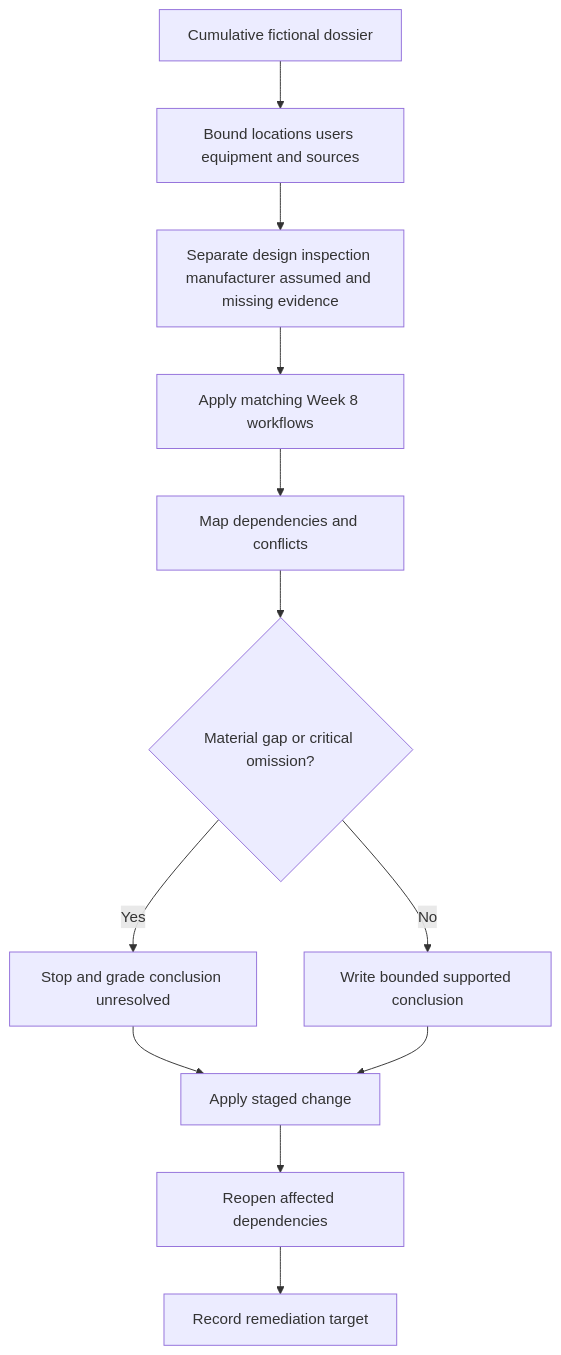
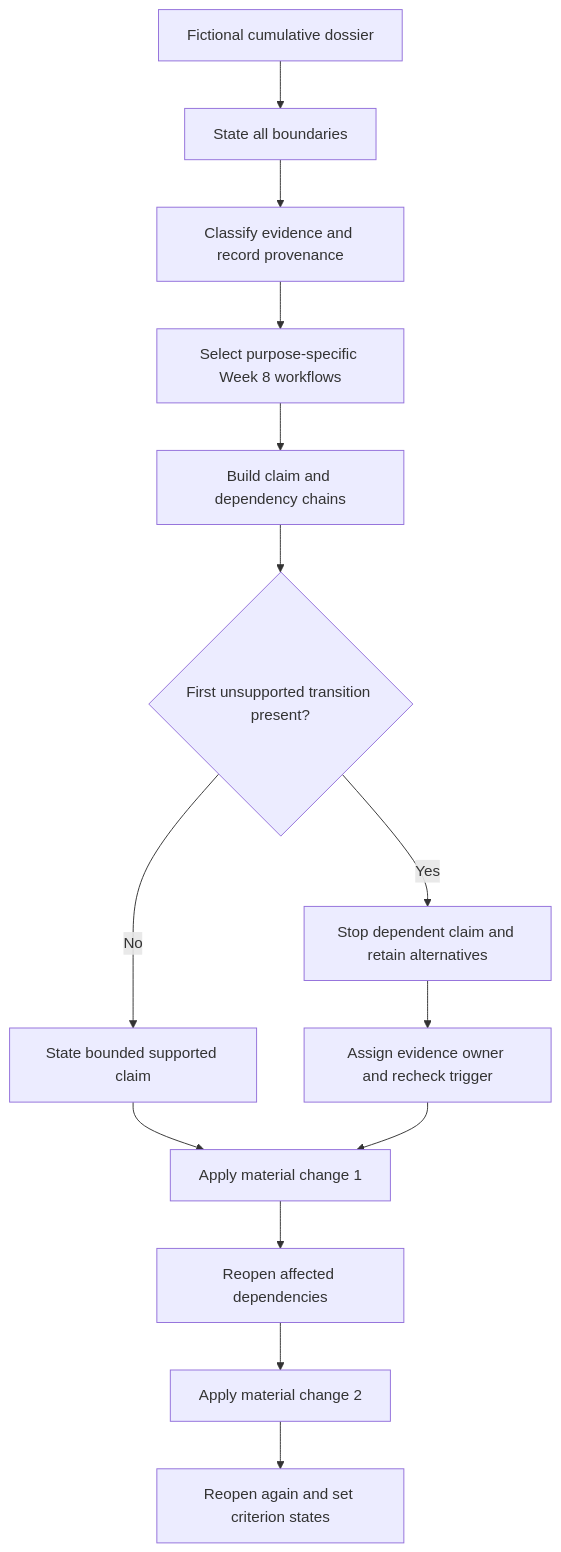
One commit to andrew3stedall/capstone changed the first of 2 diagrams in docs/learning-plans/12-week/modules/day-56-week-8-cumulative-design-and-inspection-checkpoint.md. Above: the diagram before and after it, drawn with Mermaid. The commit also changed other lines of this file and 3 other files, not shown here.

Commit message:
Improve Day 56 cumulative design checkpoint

````diff
--- a/docs/learning-plans/12-week/modules/day-56-week-8-cumulative-design-and-inspection-checkpoint.md
+++ b/docs/learning-plans/12-week/modules/day-56-week-8-cumulative-design-and-inspection-checkpoint.md
@@ -78,14 +88,16 @@
 ```mermaid
 flowchart TD
-  A[Cumulative fictional dossier] --> B[Bound locations users equipment and sources]
-  B --> C[Separate design inspection manufacturer assumed and missing evidence]
-  C --> D[Apply matching Week 8 workflows]
-  D --> E[Map dependencies and conflicts]
-  E --> F{Material gap or critical omission?}
-  F -->|Yes| G[Stop and grade conclusion unresolved]
-  F -->|No| H[Write bounded supported conclusion]
-  G --> I[Apply staged change]
-  H --> I
-  I --> J[Reopen affected dependencies]
-  J --> K[Record remediation target]
+  A[Fictional cumulative dossier] --> B[State all boundaries]
+  B --> C[Classify evidence and record provenance]
+  C --> D[Select purpose-specific Week 8 workflows]
+  D --> E[Build claim and dependency chains]
+  E --> F{First unsupported transition present?}
+  F -->|Yes| G[Stop dependent claim and retain alternatives]
+  F -->|No| H[State bounded supported claim]
+  G --> I[Assign evidence owner and recheck trigger]
+  H --> J[Apply material change 1]
+  I --> J
+  J --> K[Reopen affected dependencies]
+  K --> L[Apply material change 2]
+  L --> M[Reopen again and set criterion states]
 ```
````
